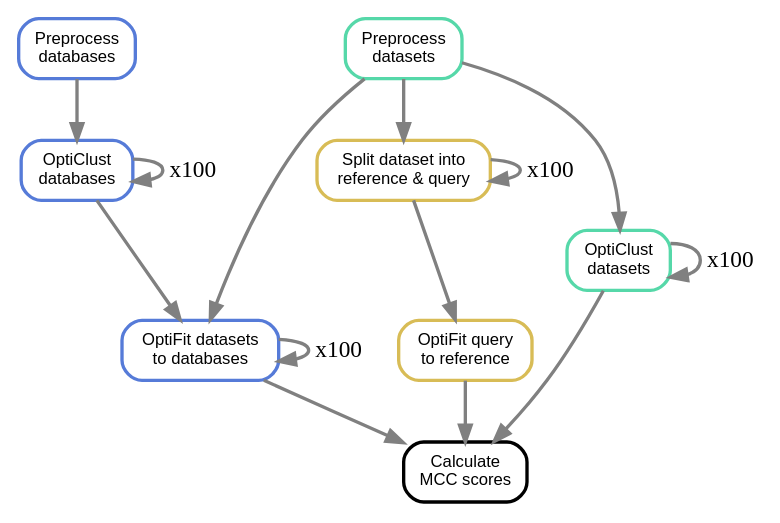
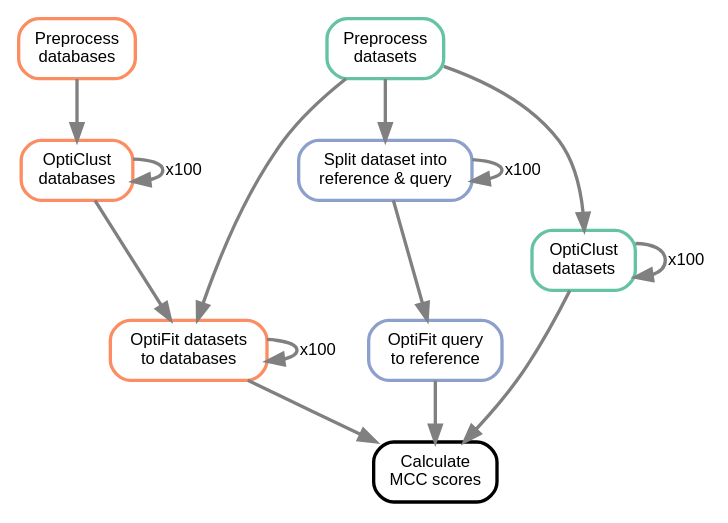
One commit to SchlossLab/Sovacool_OptiFit_mSphere_2022 changed the diagram in figures/workflow.gv. Above: the diagram before and after it, drawn with Graphviz. The commit also changed 1 other file, not shown here.

Commit message:
Fix edge font & use Set2 colors

```diff
--- a/figures/workflow.gv
+++ b/figures/workflow.gv
@@ -1,36 +1,43 @@
+# RColorBrewer::brewer.pal(n=4, name='Set2')
 digraph snakemake_dag {
     graph[bgcolor=white];
     node[shape=box, style=rounded, 
          fontname=helvetica, fontsize=10, penwidth=2];
-    edge[penwidth=2, color=grey];
+    edge[penwidth=2, color=grey, 
+         fontname=helvetica, fontsize=10];
     
-	1[label = "Preprocess\ndatasets", color = "0.44 0.6 0.85", style="rounded"];
-	2[label = "OptiClust\ndatasets", color = "0.44 0.6 0.85", style="rounded"];
+	1[label = "Preprocess\ndatasets", 
+	  color = "#66C2A5", style="rounded"];
+	2[label = "OptiClust\ndatasets", 
+	  color = "#66C2A5", style="rounded"];
 	
-	11[label = "Preprocess\ndatabases", color = "0.62 0.6 0.85", style="rounded"];
-	12[label = "OptiClust\ndatabases", color = "0.62 0.6 0.85", style="rounded"];
+	11[label = "Preprocess\ndatabases", 
+	   color = "#FC8D62", style="rounded"];
+	12[label = "OptiClust\ndatabases", 
+	   color = "#FC8D62", style="rounded"];
 	13[label = "OptiFit datasets\nto databases", 
-	   color = "0.62 0.6 0.85", style="rounded"];
+	   color = "#FC8D62", style="rounded"];
 	
 	20[label = "Split dataset into\nreference & query", 
-	   color = "0.13 0.6 0.85", style="rounded"];
+	   color = "#8DA0CB", style="rounded"];
 	21[label = "OptiFit query\nto reference", 
-	   color = "0.13 0.6 0.85", style="rounded"];
+	   color = "#8DA0CB", style="rounded"];
 	
-	30[label = "Calculate\nMCC scores", style="rounded"];
+	30[label = "Calculate\nMCC scores", 
+	   style="rounded"];
 	
 	1 -> 2
 	2 -> 2 [label = "x100"]
 	2 -> 30
 	
 	11 -> 12 -> 13
 	12 -> 12 [label = "x100"]
 	1 -> 13
 	13 -> 13 [label = "x100"]
 	13 -> 30
 	
 	20 -> 21
 	20 -> 20 [label = "x100"]
 	1 -> 20
 	21 -> 30
 }
```
